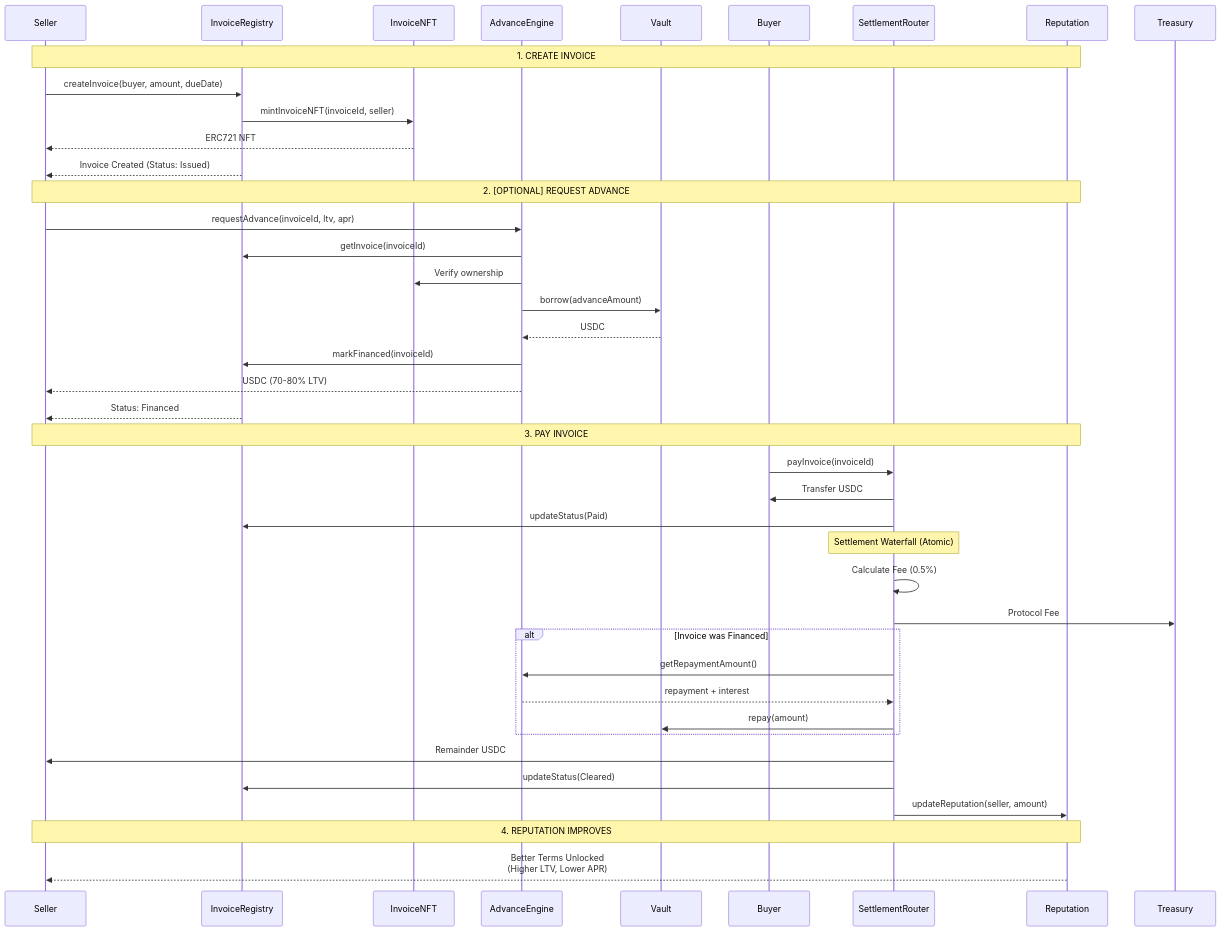
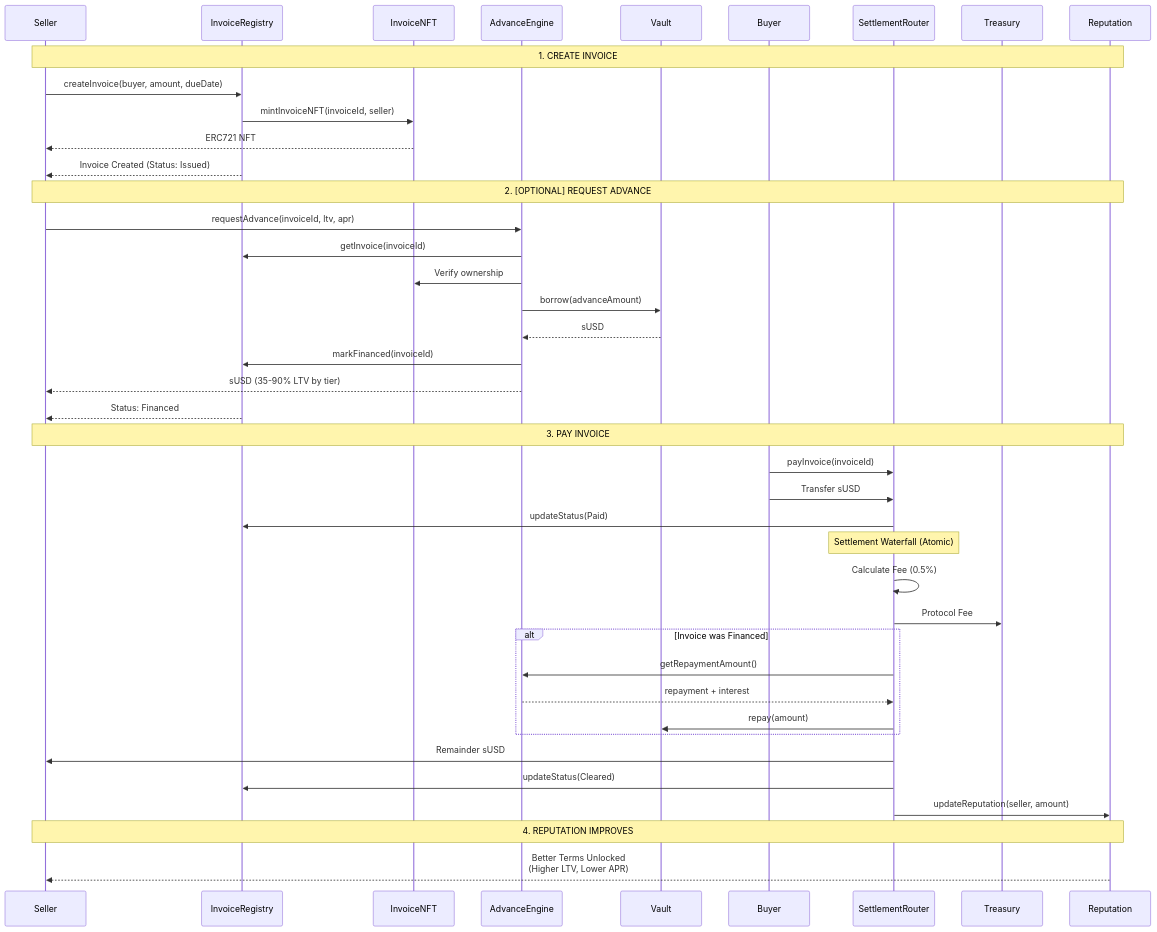
One commit to builderbroxd/mysettl changed the second of 4 diagrams in README.md. Above: the diagram before and after it, drawn with Mermaid.

Commit message:
docs(readme): fix invoice lifecycle diagram (sUSD, tier LTVs, treasury)

````diff
--- a/README.md
+++ b/README.md
@@ -136,47 +136,48 @@
 ```mermaid
 sequenceDiagram
     participant Seller
     participant InvoiceRegistry
     participant InvoiceNFT
     participant AdvanceEngine
     participant Vault
     participant Buyer
     participant SettlementRouter
+    participant Treasury
     participant Reputation
 
     Note over Seller,Reputation: 1. CREATE INVOICE
     Seller->>InvoiceRegistry: createInvoice(buyer, amount, dueDate)
     InvoiceRegistry->>InvoiceNFT: mintInvoiceNFT(invoiceId, seller)
     InvoiceNFT-->>Seller: ERC721 NFT
     InvoiceRegistry-->>Seller: Invoice Created (Status: Issued)
 
     Note over Seller,Reputation: 2. [OPTIONAL] REQUEST ADVANCE
     Seller->>AdvanceEngine: requestAdvance(invoiceId, ltv, apr)
     AdvanceEngine->>InvoiceRegistry: getInvoice(invoiceId)
     AdvanceEngine->>InvoiceNFT: Verify ownership
     AdvanceEngine->>Vault: borrow(advanceAmount)
-    Vault-->>AdvanceEngine: USDC
+    Vault-->>AdvanceEngine: sUSD
     AdvanceEngine->>InvoiceRegistry: markFinanced(invoiceId)
-    AdvanceEngine-->>Seller: USDC (70-80% LTV)
+    AdvanceEngine-->>Seller: sUSD (35-90% LTV by tier)
     InvoiceRegistry-->>Seller: Status: Financed
 
     Note over Seller,Reputation: 3. PAY INVOICE
     Buyer->>SettlementRouter: payInvoice(invoiceId)
-    SettlementRouter->>Buyer: Transfer USDC
+    Buyer->>SettlementRouter: Transfer sUSD
     SettlementRouter->>InvoiceRegistry: updateStatus(Paid)
     
     Note over SettlementRouter: Settlement Waterfall (Atomic)
     SettlementRouter->>SettlementRouter: Calculate Fee (0.5%)
     SettlementRouter->>Treasury: Protocol Fee
     alt Invoice was Financed
         SettlementRouter->>AdvanceEngine: getRepaymentAmount()
         AdvanceEngine-->>SettlementRouter: repayment + interest
         SettlementRouter->>Vault: repay(amount)
     end
-    SettlementRouter->>Seller: Remainder USDC
+    SettlementRouter->>Seller: Remainder sUSD
     SettlementRouter->>InvoiceRegistry: updateStatus(Cleared)
     SettlementRouter->>Reputation: updateReputation(seller, amount)
     
     Note over Seller,Reputation: 4. REPUTATION IMPROVES
     Reputation-->>Seller: Better Terms Unlocked<br/>(Higher LTV, Lower APR)
 ```
````
